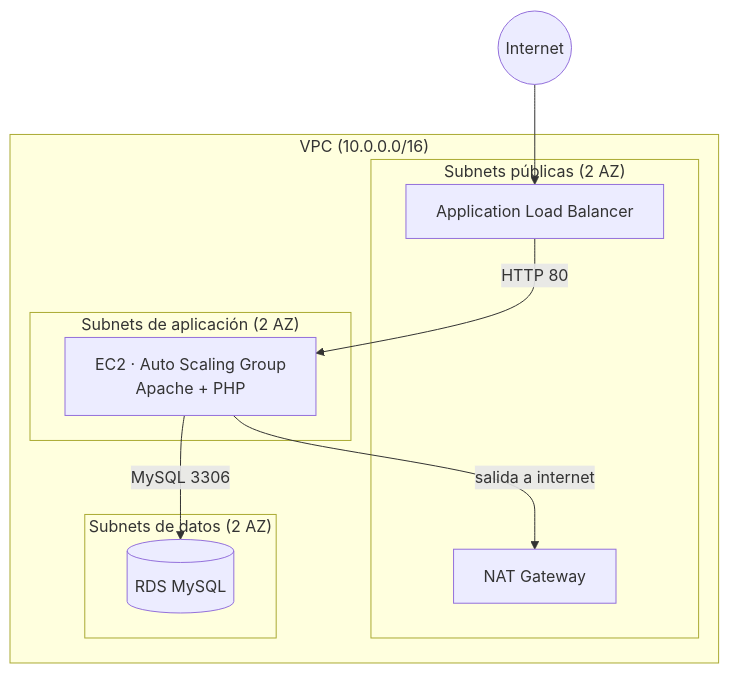
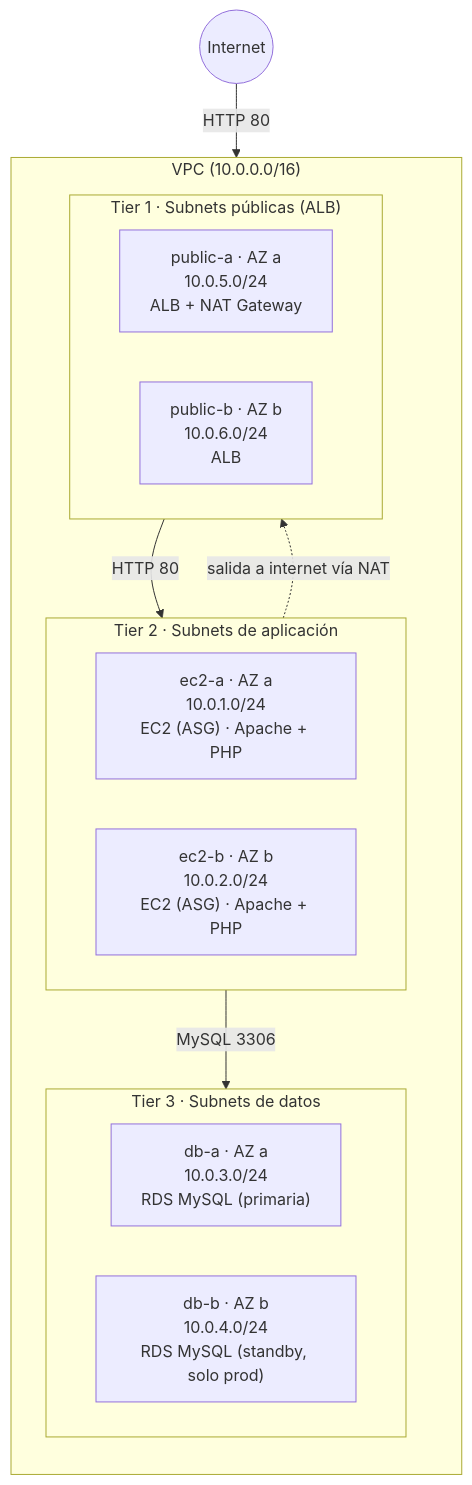
The diagram in README.md (CarlesTerolAnduix/3tierwebapp), drawn with Mermaid before and after one commit. The commit also changed other lines of this file, not shown here.

````diff
--- a/README.md
+++ b/README.md
@@ -9,21 +9,27 @@
 ```mermaid
 flowchart TB
-    Internet((Internet)) --> ALB
+    Internet((Internet)) -->|HTTP 80| Public
 
     subgraph VPC["VPC (10.0.0.0/16)"]
-        subgraph Public["Subnets públicas (2 AZ)"]
-            ALB[Application Load Balancer]
-            NAT[NAT Gateway]
+        direction TB
+        subgraph Public["Tier 1 · Subnets públicas (ALB)"]
+            direction LR
+            PubA["public-a · AZ a<br/>10.0.5.0/24<br/>ALB + NAT Gateway"]
+            PubB["public-b · AZ b<br/>10.0.6.0/24<br/>ALB"]
         end
-        subgraph App["Subnets de aplicación (2 AZ)"]
-            ASG["EC2 · Auto Scaling Group<br/>Apache + PHP"]
+        subgraph App["Tier 2 · Subnets de aplicación"]
+            direction LR
+            AppA["ec2-a · AZ a<br/>10.0.1.0/24<br/>EC2 (ASG) · Apache + PHP"]
+            AppB["ec2-b · AZ b<br/>10.0.2.0/24<br/>EC2 (ASG) · Apache + PHP"]
         end
-        subgraph Data["Subnets de datos (2 AZ)"]
-            RDS[(RDS MySQL)]
+        subgraph Data["Tier 3 · Subnets de datos"]
+            direction LR
+            DbA["db-a · AZ a<br/>10.0.3.0/24<br/>RDS MySQL (primaria)"]
+            DbB["db-b · AZ b<br/>10.0.4.0/24<br/>RDS MySQL (standby, solo prod)"]
         end
     end
 
-    ALB -->|HTTP 80| ASG
-    ASG -->|MySQL 3306| RDS
-    ASG -->|salida a internet| NAT
+    Public -->|HTTP 80| App
+    App -->|MySQL 3306| Data
+    App -.->|salida a internet vía NAT| Public
 ```
````
